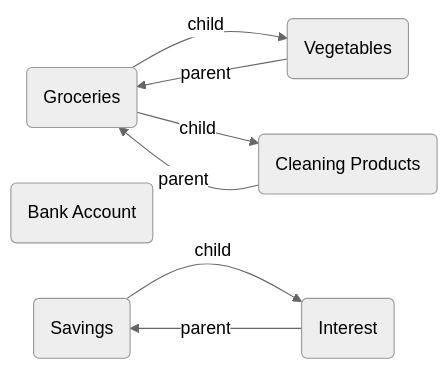
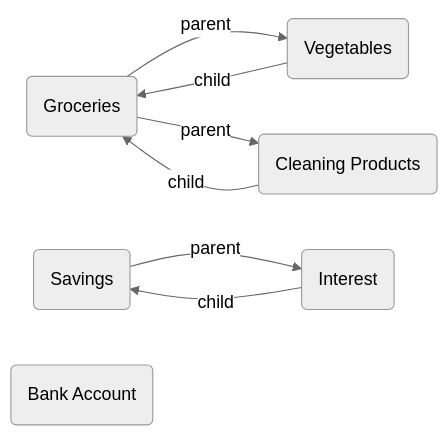
The second of 2 diagrams in docs/design/Accounts and Transactions/Abstract.md (NordGus/financo), drawn with Mermaid (neutral theme) before and after one commit.

Commit message:
cleaning design

````diff
--- a/docs/design/Accounts and Transactions/Abstract.md
+++ b/docs/design/Accounts and Transactions/Abstract.md
@@ -45,10 +45,10 @@
 ```mermaid
   graph LR
-  A1(Groceries)-- child -->A2(Vegetables)
-  A2-- parent -->A1
-  A1-- child -->A3(Cleaning Products)
-  A3-- parent -->A1
+  A1(Groceries)-- parent -->A2(Vegetables)
+  A2-- child -->A1
+  A1-- parent -->A3(Cleaning Products)
+  A3-- child -->A1
+  A5(Savings)-- parent -->A6(Interest)
+  A6-- child -->A5
   A4(Bank Account)
-  A5(Savings)-- child -->A6(Interest)
-  A6-- parent -->A5
 ```
````
